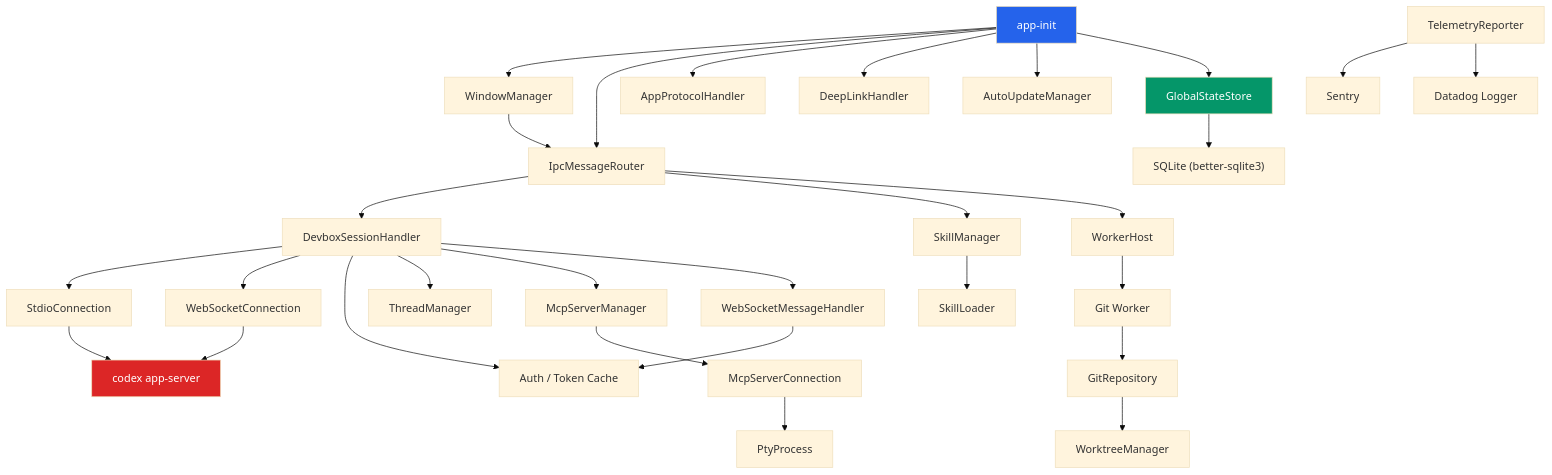
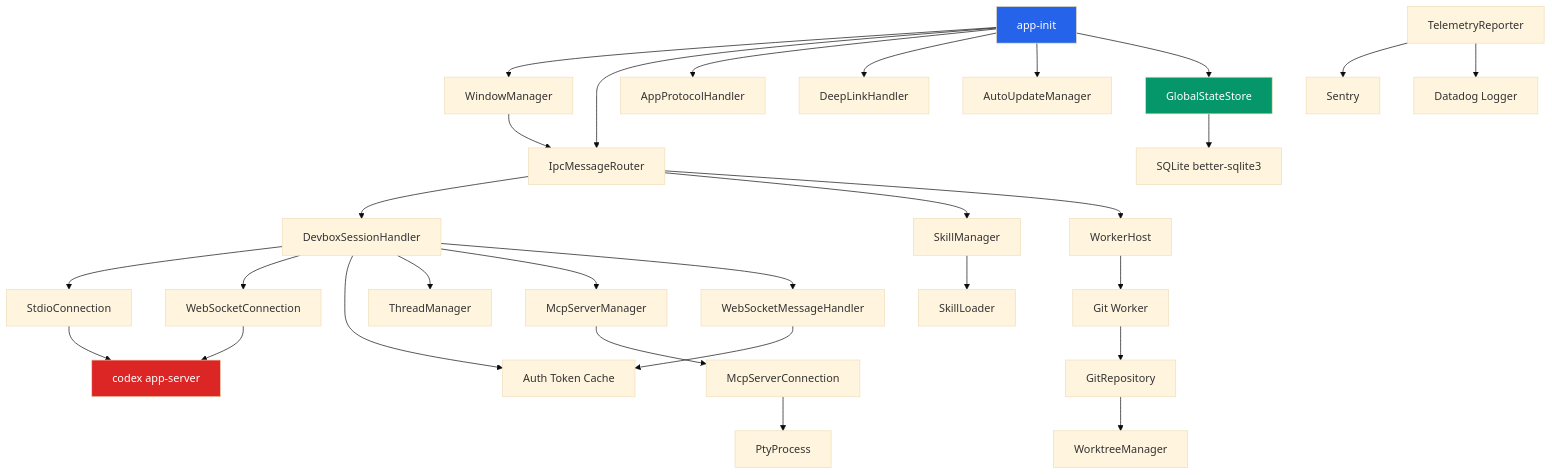
Before and after one commit to ChrisFeldmeier/codex-research: the fourth of 4 diagrams in 01-architecture-overview.md, drawn with Mermaid (base theme).

Commit message:
Update architecture overview diagram syntax and improve label clarity

````diff
--- a/01-architecture-overview.md
+++ b/01-architecture-overview.md
@@ -159,44 +159,44 @@
 ```mermaid
-graph TD
+flowchart TD
     INIT["app-init"] --> WM["WindowManager"]
     INIT --> IPC["IpcMessageRouter"]
     INIT --> PROTO["AppProtocolHandler"]
     INIT --> DL["DeepLinkHandler"]
     INIT --> AU["AutoUpdateManager"]
     INIT --> STATE["GlobalStateStore"]
 
     WM --> IPC
     IPC --> DSH["DevboxSessionHandler"]
     IPC --> SK["SkillManager"]
     IPC --> WH["WorkerHost"]
 
     DSH --> STDIO["StdioConnection"]
     DSH --> WSC["WebSocketConnection"]
-    DSH --> AUTH["Auth / Token Cache"]
+    DSH --> AUTH["Auth Token Cache"]
     DSH --> TM["ThreadManager"]
 
     STDIO --> CLI["codex app-server"]
     WSC --> CLI
 
     WH --> GIT["Git Worker"]
     GIT --> REPO["GitRepository"]
     REPO --> WT["WorktreeManager"]
 
     SK --> LOADER["SkillLoader"]
 
     DSH --> MCP["McpServerManager"]
     MCP --> MCPC["McpServerConnection"]
     MCPC --> PTY["PtyProcess"]
 
     DSH --> FETCH["WebSocketMessageHandler"]
     FETCH --> AUTH
 
-    STATE --> SQLITE["SQLite (better-sqlite3)"]
+    STATE --> SQLITE["SQLite better-sqlite3"]
 
     TELE["TelemetryReporter"] --> SENTRY["Sentry"]
     TELE --> DD["Datadog Logger"]
 
     style INIT fill:#2563eb,color:#fff
     style CLI fill:#dc2626,color:#fff
     style STATE fill:#059669,color:#fff
 ```
````
